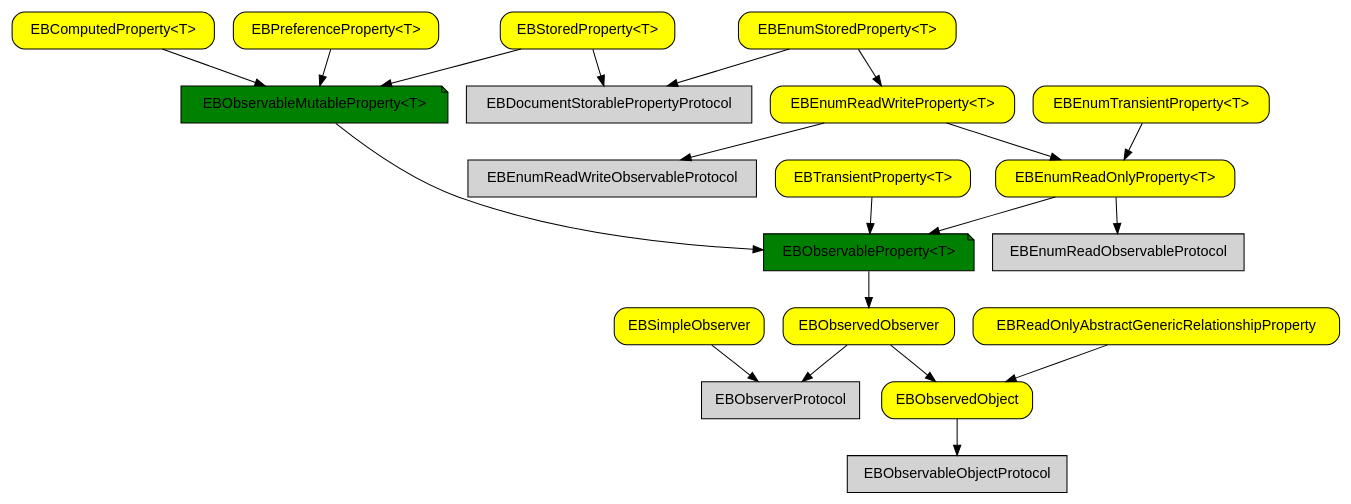
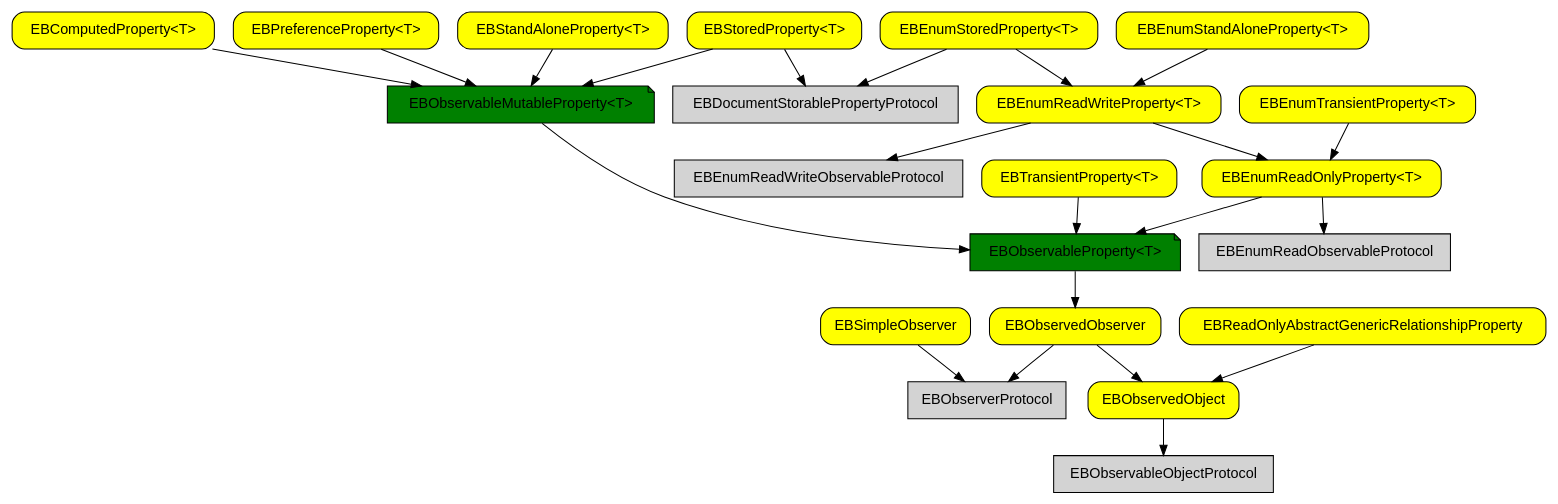
Before and after one commit to pierremolinaro/ElCanari-dev: the diagram in models/observable-property-graph.dot, drawn with Graphviz. The commit also changed 92 other files, not shown here.

```diff
--- a/models/observable-property-graph.dot
+++ b/models/observable-property-graph.dot
@@ -1,38 +1,40 @@
 digraph G {
 
   node [shape=box fontname=helvetica fillcolor=lightgray style=filled] ;
 
   EBObservableObjectProtocol ;
   EBObserverProtocol ;
   EBDocumentStorablePropertyProtocol ;
   EBEnumReadObservableProtocol;
   EBEnumReadWriteObservableProtocol;
 
   node [shape=note fontname=helvetica style="filled" fillcolor=green] ;
 
   "EBObservableMutableProperty<T>" ;
   "EBObservableProperty<T>" ;
 
   node [shape=box fontname=helvetica style="rounded,filled" fillcolor=yellow] ;
 
   EBObservedObject -> EBObservableObjectProtocol ;
   EBObservedObserver -> EBObserverProtocol ;
   EBObservedObserver -> EBObservedObject ;
   EBSimpleObserver -> EBObserverProtocol ;
 
   "EBObservableProperty<T>" -> EBObservedObserver ;
   EBReadOnlyAbstractGenericRelationshipProperty -> EBObservedObject ;
   "EBTransientProperty<T>" -> "EBObservableProperty<T>" ;
   "EBEnumReadOnlyProperty<T>" -> "EBObservableProperty<T>" ;
   "EBEnumReadOnlyProperty<T>" -> EBEnumReadObservableProtocol ;
   "EBObservableMutableProperty<T>" -> "EBObservableProperty<T>" ;
   "EBComputedProperty<T>" -> "EBObservableMutableProperty<T>" ;
   "EBPreferenceProperty<T>" -> "EBObservableMutableProperty<T>" ;
+  "EBStandAloneProperty<T>" -> "EBObservableMutableProperty<T>" ;
   "EBStoredProperty<T>" -> "EBObservableMutableProperty<T>" ;
   "EBStoredProperty<T>" -> EBDocumentStorablePropertyProtocol ;
   "EBEnumReadWriteProperty<T>" -> "EBEnumReadOnlyProperty<T>" ;
   "EBEnumReadWriteProperty<T>" -> EBEnumReadWriteObservableProtocol ;
   "EBEnumTransientProperty<T>" -> "EBEnumReadOnlyProperty<T>" ;
+  "EBEnumStandAloneProperty<T>" -> "EBEnumReadWriteProperty<T>" ;
   "EBEnumStoredProperty<T>" -> "EBEnumReadWriteProperty<T>" ;
   "EBEnumStoredProperty<T>" -> EBDocumentStorablePropertyProtocol ;
  }
```
